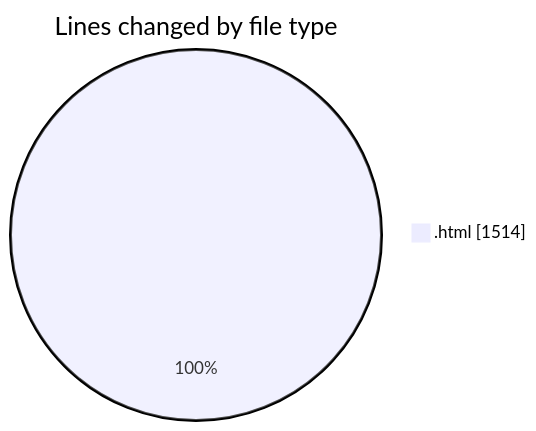
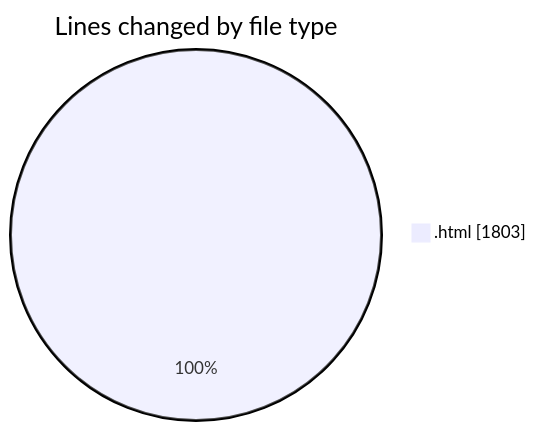
One commit to shibass792/code-tracking changed the first of 2 diagrams in 2026-07-11/untitled__workspace_/README.md. Above: the diagram before and after it, drawn with Mermaid. The commit also changed other lines of this file and 1 other file, not shown here.

````diff
--- a/2026-07-11/untitled__workspace_/README.md
+++ b/2026-07-11/untitled__workspace_/README.md
@@ -20,5 +20,5 @@
 ```mermaid
 pie showData
 title Lines changed by file type
-".html" : 1514
+".html" : 1803
 ```
````
